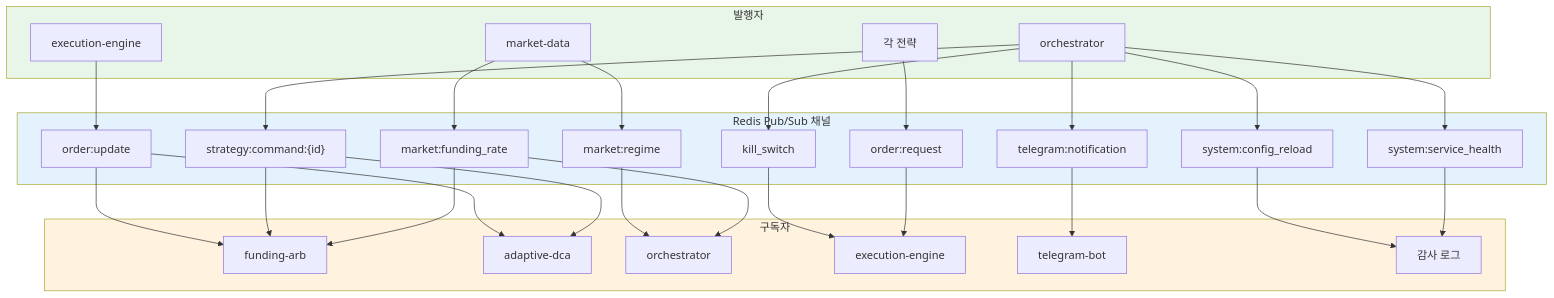
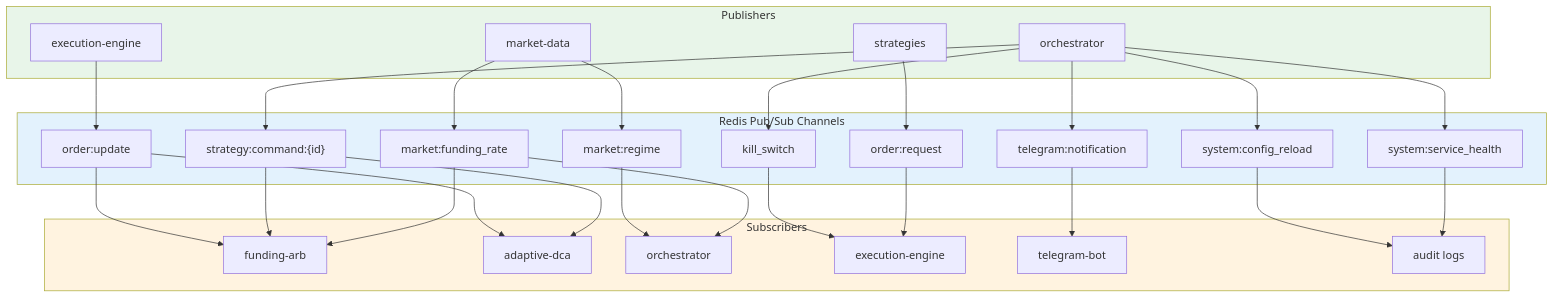
Before and after one commit to Justant-source/Bit-Mania: the first of 3 diagrams in cryptoengine/docs/architecture/system-overview.md, drawn with Mermaid. The commit also changed other lines of this file and 25 other files, not shown here.

First line of the commit message:
fix(docs): repair Mermaid diagrams for GitHub rendering (30 files)

````diff
--- a/cryptoengine/docs/architecture/system-overview.md
+++ b/cryptoengine/docs/architecture/system-overview.md
@@ -105,57 +105,57 @@
 ```mermaid
 graph TB
-    subgraph pub["발행자"]
+    subgraph pub["Publishers"]
         md["market-data"]
         orch["orchestrator"]
         exec["execution-engine"]
-        strat["각 전략"]
+        strat["strategies"]
     end
     
-    subgraph channels["Redis Pub/Sub 채널"]
+    subgraph channels["Redis Pub/Sub Channels"]
         c1["market:funding_rate"]
         c2["market:regime"]
         c3["strategy:command:{id}"]
         c4["order:request"]
         c5["order:update"]
         c6["kill_switch"]
         c7["system:service_health"]
         c8["system:config_reload"]
         c9["telegram:notification"]
     end
     
-    subgraph sub["구독자"]
+    subgraph sub["Subscribers"]
         fa["funding-arb"]
         dca["adaptive-dca"]
         o2["orchestrator"]
         exec2["execution-engine"]
         tg["telegram-bot"]
-        audit["감사 로그"]
+        audit["audit logs"]
     end
     
     md --> c1
     md --> c2
     orch --> c3
     strat --> c4
     exec --> c5
     orch --> c6
     orch --> c7
     orch --> c8
     orch --> c9
     
     c1 --> fa
     c1 --> o2
     c2 --> o2
     c3 --> fa
     c3 --> dca
     c4 --> exec2
     c5 --> fa
     c5 --> dca
     c6 --> exec2
     c7 --> audit
     c8 --> audit
     c9 --> tg
     
     style pub fill:#E8F5E9
     style channels fill:#E3F2FD
     style sub fill:#FFF3E0
 ```
````
